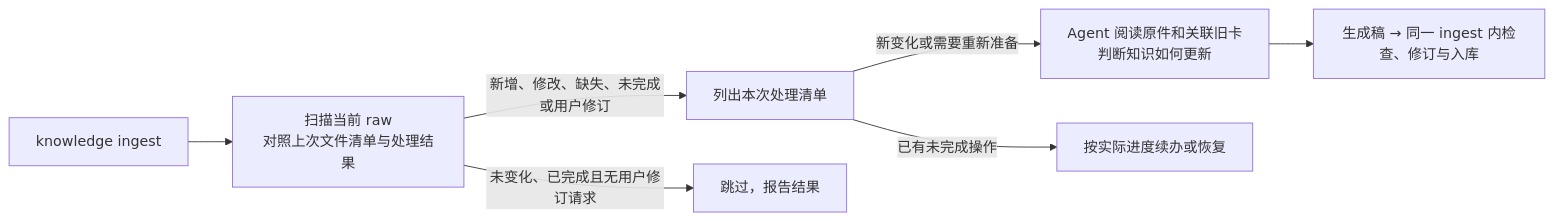
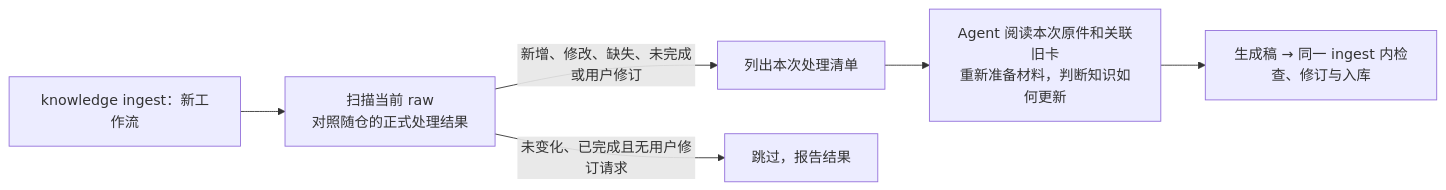
The third of 27 diagrams in himate-knowledge-wifi-mp/docs-llm-wiki/知识库详细设计.md (Robin-hhc/FactumCore), drawn with Mermaid before and after one commit. The commit also changed other lines of this file and 11 other files, not shown here.

````diff
--- a/himate-knowledge-wifi-mp/docs-llm-wiki/知识库详细设计.md
+++ b/himate-knowledge-wifi-mp/docs-llm-wiki/知识库详细设计.md
@@ -77,9 +77,8 @@
 ```mermaid
 flowchart LR
-    CMD["knowledge ingest"] --> COMPARE["扫描当前 raw<br/>对照上次文件清单与处理结果"]
+    CMD["knowledge ingest：新工作流"] --> COMPARE["扫描当前 raw<br/>对照随仓的正式处理结果"]
     COMPARE -->|"新增、修改、缺失、未完成或用户修订"| WORK["列出本次处理清单"]
     COMPARE -->|"未变化、已完成且无用户修订请求"| SKIP["跳过，报告结果"]
-    WORK -->|"新变化或需要重新准备"| AGENT["Agent 阅读原件和关联旧卡<br/>判断知识如何更新"]
-    WORK -->|"已有未完成操作"| RESUME["按实际进度续办或恢复"]
+    WORK --> AGENT["Agent 阅读本次原件和关联旧卡<br/>重新准备材料，判断知识如何更新"]
     AGENT --> DRAFT["生成稿 → 同一 ingest 内检查、修订与入库"]
 ```
````
